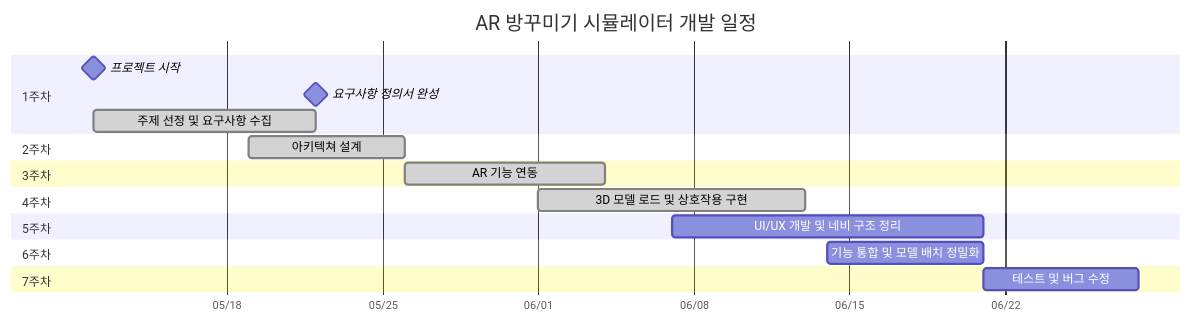
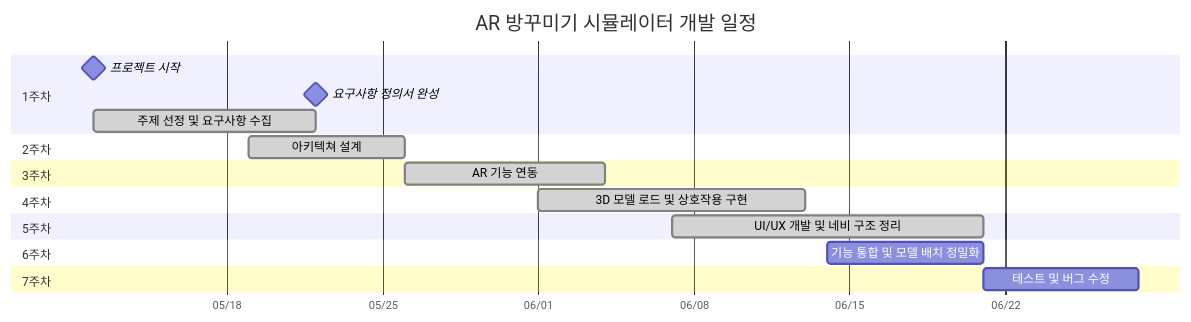
Before and after one commit to YOUHEETAE/AR-Room-Decorator: the fourth of 5 diagrams in 프로젝트 계획서v4.1.md, drawn with Mermaid. The commit also changed other lines of this file, not shown here.

````diff
--- a/프로젝트 계획서v4.1.md
+++ b/프로젝트 계획서v4.1.md
@@ -138,22 +161,22 @@
 ```mermaid
 gantt
     title AR 방꾸미기 시뮬레이터 개발 일정
     dateFormat  YYYY-MM-DD
     axisFormat  %m/%d
     section 1주차
     프로젝트 시작            :milestone, 2025-05-12, 0d
     요구사항 정의서 완성            :milestone, 2025-05-22, 0d
     주제 선정 및 요구사항 수집          :done, a1, 2025-05-12, 10d
     section 2주차
     아키텍쳐 설계 :done, a2, 2025-05-19 , 7d
     section 3주차
     AR 기능 연동                    :done, a3, after a2, 9d
     section 4주차
     3D 모델 로드 및 상호작용 구현       :done, a4, 2025-06-01, 12d
     section 5주차
-    UI/UX 개발 및 네비 구조 정리   :a5, 2025-06-07, 14d
+    UI/UX 개발 및 네비 구조 정리   :done, a5, 2025-06-07, 14d
     section 6주차
     기능 통합 및 모델 배치 정밀화       :a6, 2025-06-14, 7d
     section 7주차
     테스트 및 버그 수정               :a7, after a6, 7d
 ```
````
